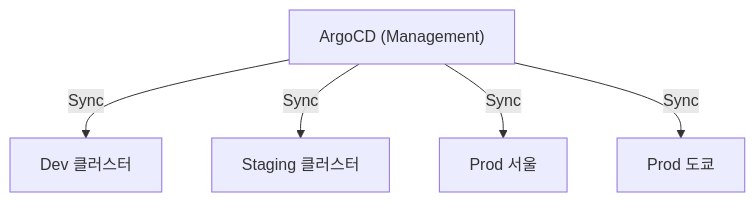
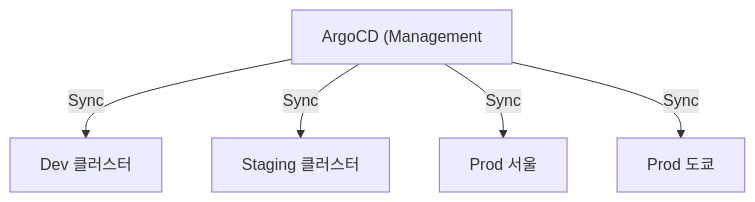
Before and after one commit to yjkim2015/yjkim2015.github.io: the sixth of 7 diagrams in _posts/cicd/2026-05-03-gitops-argocd.md, drawn with Mermaid. The commit also changed 271 other files, not shown here.

First line of the commit message:
Mermaid 라벨 축소: 긴 노드 텍스트 18자 이하로 트림 + \n 제거

````diff
--- a/_posts/cicd/2026-05-03-gitops-argocd.md
+++ b/_posts/cicd/2026-05-03-gitops-argocd.md
@@ -344,12 +344,12 @@
 ```mermaid
 graph TB
-    ARGO["ArgoCD (Management)"]
+    ARGO["ArgoCD (Management"]
     DEV["Dev 클러스터"]
     STG["Staging 클러스터"]
     PROD_KR["Prod 서울"]
     PROD_JP["Prod 도쿄"]
     ARGO -->|"Sync"| DEV
     ARGO -->|"Sync"| STG
     ARGO -->|"Sync"| PROD_KR
     ARGO -->|"Sync"| PROD_JP
 ```
````
